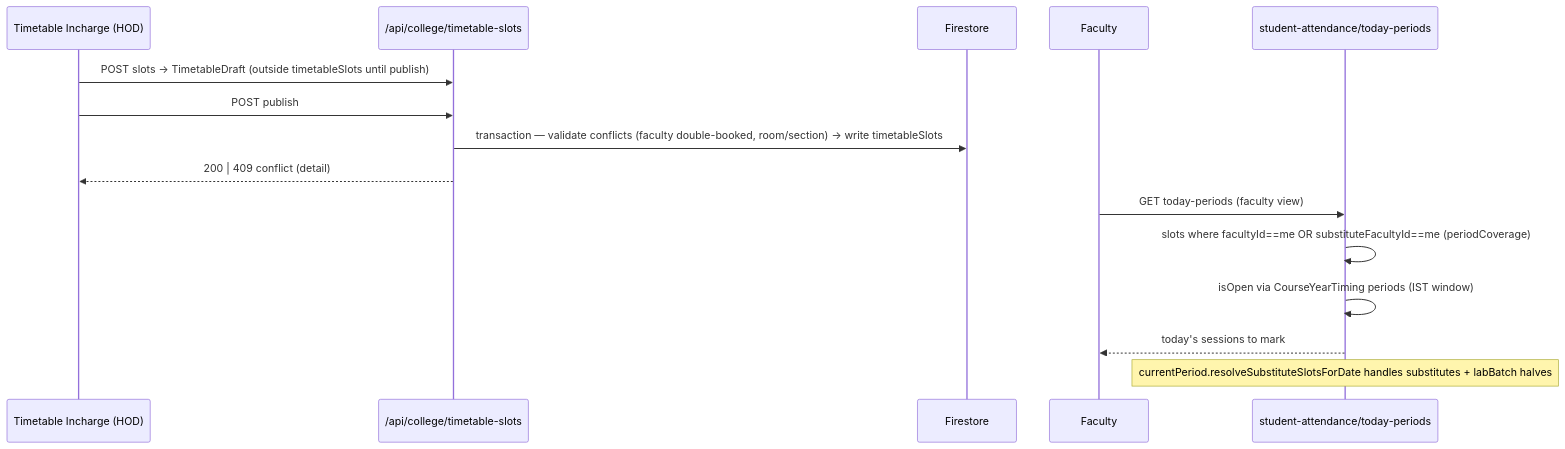
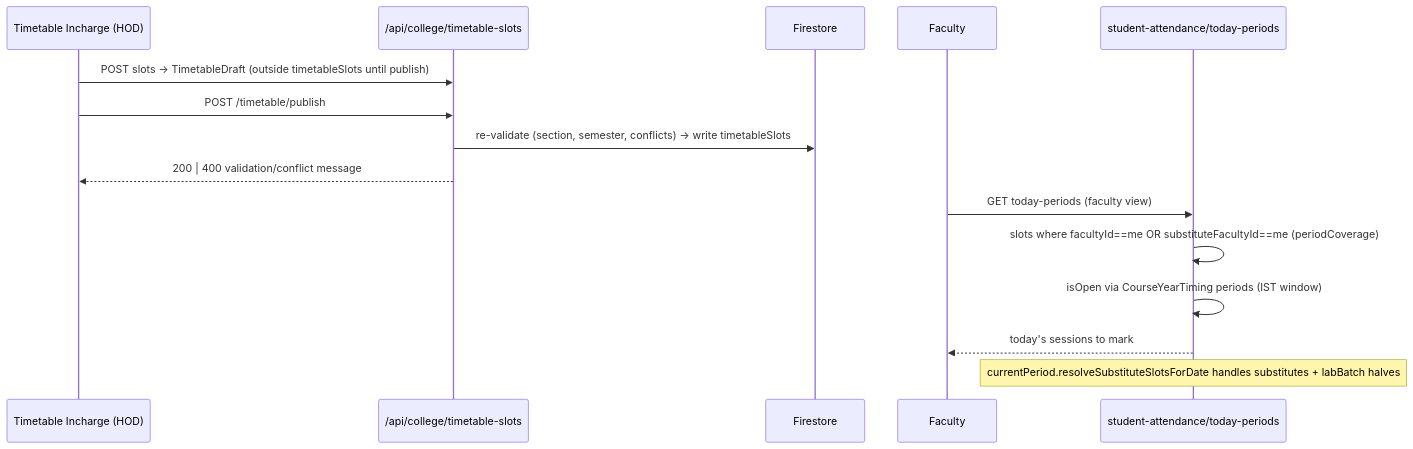
Before and after one commit to Yubhian-Technologies/Faculty-Managment: the diagram in docs/architecture/lld/timetable.md, drawn with Mermaid. The commit also changed other lines of this file and 18 other files, not shown here.

````diff
--- a/docs/architecture/lld/timetable.md
+++ b/docs/architecture/lld/timetable.md
@@ -20,18 +20,18 @@
 ```mermaid
 sequenceDiagram
     participant TI as Timetable Incharge (HOD)
     participant A as /api/college/timetable-slots
     participant FS as Firestore
     participant F as Faculty
     participant SA as student-attendance/today-periods
 
     TI->>A: POST slots → TimetableDraft (outside timetableSlots until publish)
-    TI->>A: POST publish
-    A->>FS: transaction — validate conflicts (faculty double-booked, room/section) → write timetableSlots
-    A-->>TI: 200 | 409 conflict (detail)
+    TI->>A: POST /timetable/publish
+    A->>FS: re-validate (section, semester, conflicts) → write timetableSlots
+    A-->>TI: 200 | 400 validation/conflict message
     F->>SA: GET today-periods (faculty view)
     SA->>SA: slots where facultyId==me OR substituteFacultyId==me (periodCoverage)
     SA->>SA: isOpen via CourseYearTiming periods (IST window)
     SA-->>F: today's sessions to mark
     Note over SA: currentPeriod.resolveSubstituteSlotsForDate handles substitutes + labBatch halves
 ```
````
